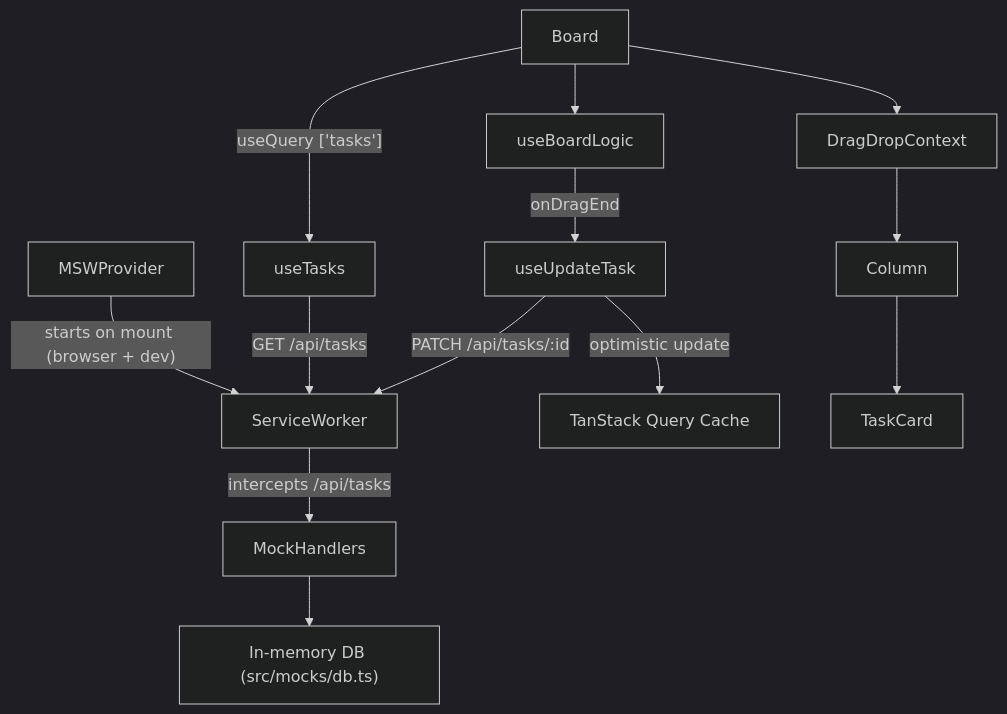
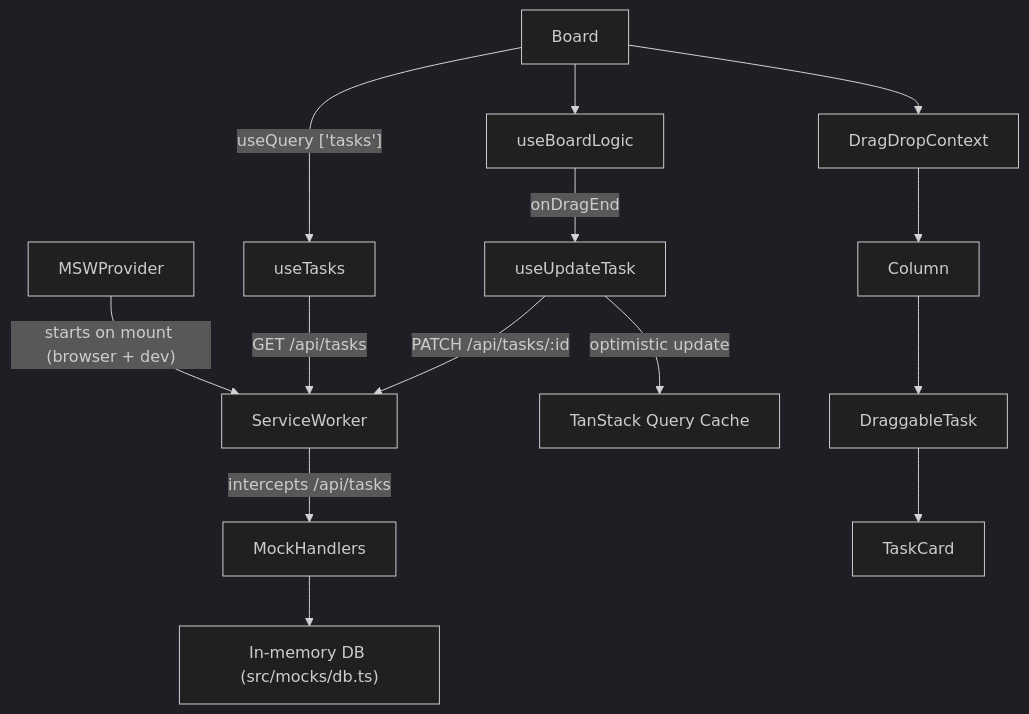
One commit to msfern/syncro-task changed the diagram in README.md. Above: the diagram before and after it, drawn with Mermaid (dark theme). The commit also changed other lines of this file and 7 other files, not shown here.

First line of the commit message:
refactor(board): extract DraggableTask from TaskCard for separation of concerns

````diff
--- a/README.md
+++ b/README.md
@@ -46,18 +46,19 @@
 ```mermaid
 flowchart TD
     MSWProvider -->|"starts on mount (browser + dev)"| ServiceWorker
     ServiceWorker -->|"intercepts /api/tasks"| MockHandlers
     MockHandlers --> InMemoryDB["In-memory DB (src/mocks/db.ts)"]
 
     Board -->|"useQuery ['tasks']"| useTasks
     useTasks -->|"GET /api/tasks"| ServiceWorker
 
     Board --> useBoardLogic
     useBoardLogic -->|"onDragEnd"| useUpdateTask
     useUpdateTask -->|"PATCH /api/tasks/:id"| ServiceWorker
     useUpdateTask -->|"optimistic update"| QueryCache["TanStack Query Cache"]
 
     Board --> DragDropContext
     DragDropContext --> Column
-    Column --> TaskCard
+    Column --> DraggableTask
+    DraggableTask --> TaskCard
 ```
````
